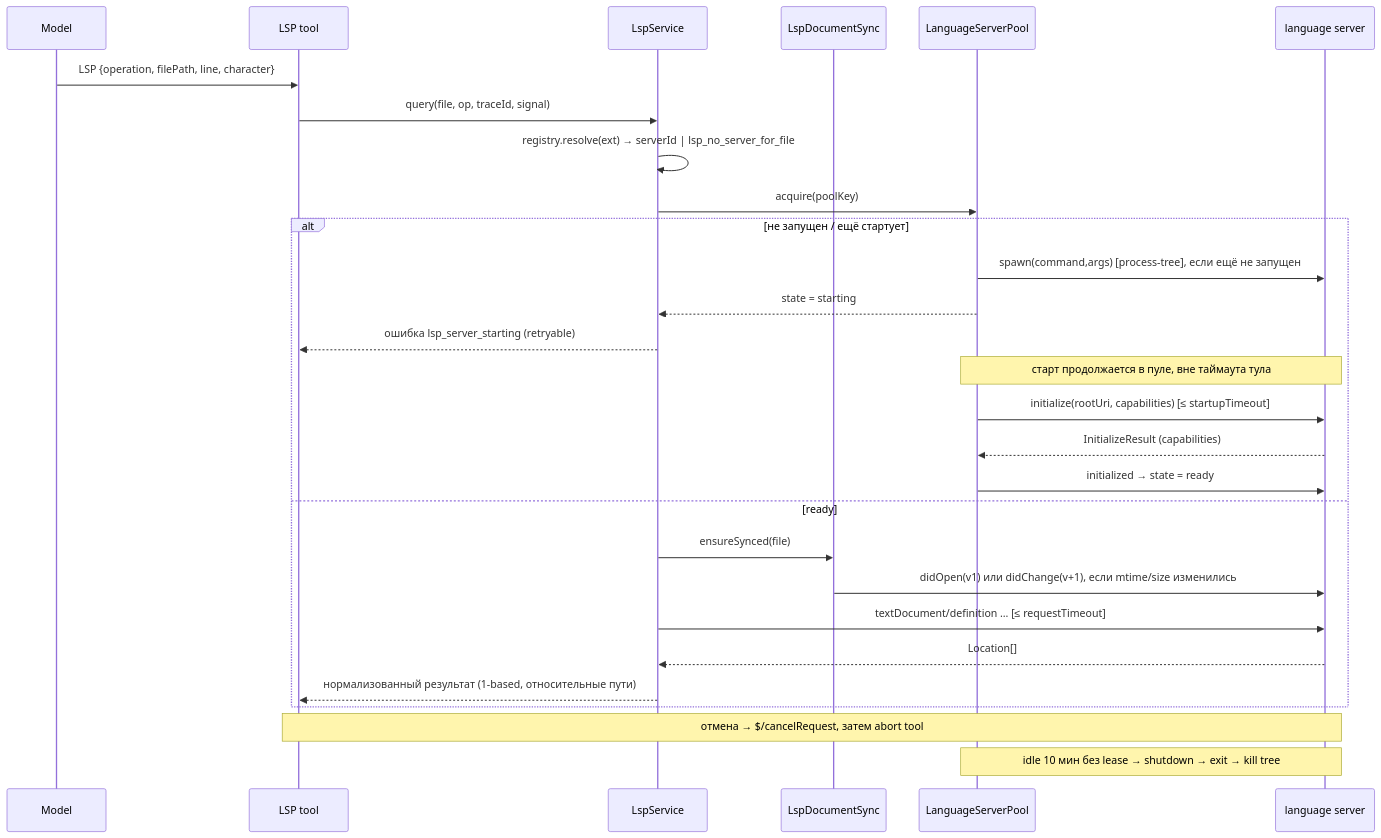
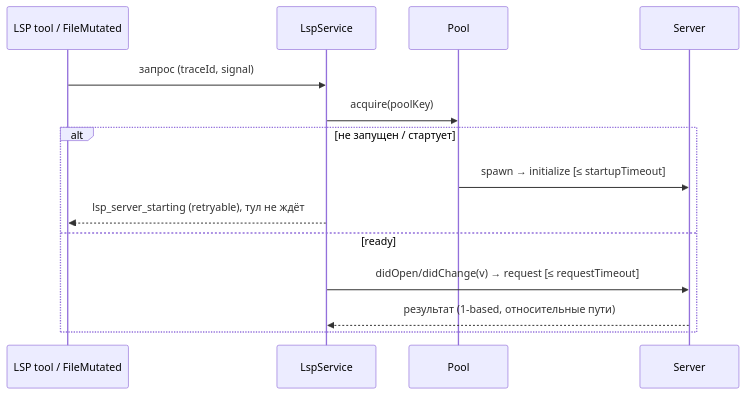
One commit to osben/ZCode changed the second of 2 diagrams in apps/zcode-cli/docs/design/v2/tool/19-lsp.md. Above: the diagram before and after it, drawn with Mermaid. The commit also changed other lines of this file, not shown here.

First line of the commit message:
docs(cli): condense LSP spec

````diff
--- a/apps/zcode-cli/docs/design/v2/tool/19-lsp.md
+++ b/apps/zcode-cli/docs/design/v2/tool/19-lsp.md
@@ -205,31 +99,16 @@
 ```mermaid
 sequenceDiagram
-  participant M as Model
-  participant T as LSP tool
+  participant T as LSP tool / FileMutated
   participant S as LspService
-  participant D as LspDocumentSync
-  participant P as LanguageServerPool
-  participant L as language server
-
-  M->>T: LSP {operation, filePath, line, character}
-  T->>S: query(file, op, traceId, signal)
-  S->>S: registry.resolve(ext) → serverId | lsp_no_server_for_file
+  participant P as Pool
+  participant L as Server
+  T->>S: запрос (traceId, signal)
   S->>P: acquire(poolKey)
-  alt не запущен / ещё стартует
-    P->>L: spawn(command,args) [process-tree], если ещё не запущен
-    P-->>S: state = starting
-    S-->>T: ошибка lsp_server_starting (retryable)
-    Note over P,L: старт продолжается в пуле, вне таймаута тула
-    P->>L: initialize(rootUri, capabilities) [≤ startupTimeout]
-    L-->>P: InitializeResult (capabilities)
-    P->>L: initialized → state = ready
+  alt не запущен / стартует
+    P->>L: spawn → initialize [≤ startupTimeout]
+    S-->>T: lsp_server_starting (retryable), тул не ждёт
   else ready
-    S->>D: ensureSynced(file)
-    D->>L: didOpen(v1) или didChange(v+1), если mtime/size изменились
-    S->>L: textDocument/definition … [≤ requestTimeout]
-    L-->>S: Location[]
-    S-->>T: нормализованный результат (1-based, относительные пути)
+    S->>L: didOpen/didChange(v) → request [≤ requestTimeout]
+    L-->>S: результат (1-based, относительные пути)
   end
-  Note over T,L: отмена → $/cancelRequest, затем abort tool
-  Note over P,L: idle 10 мин без lease → shutdown → exit → kill tree
 ```
````
